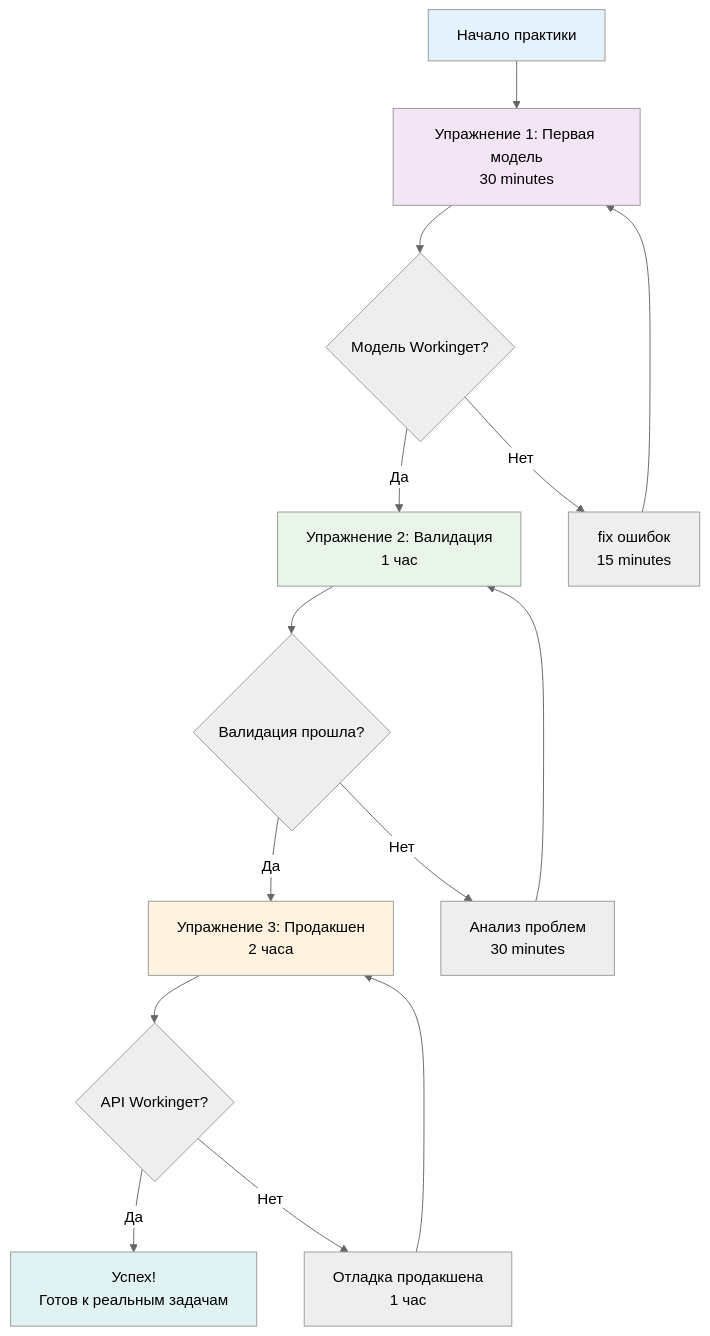
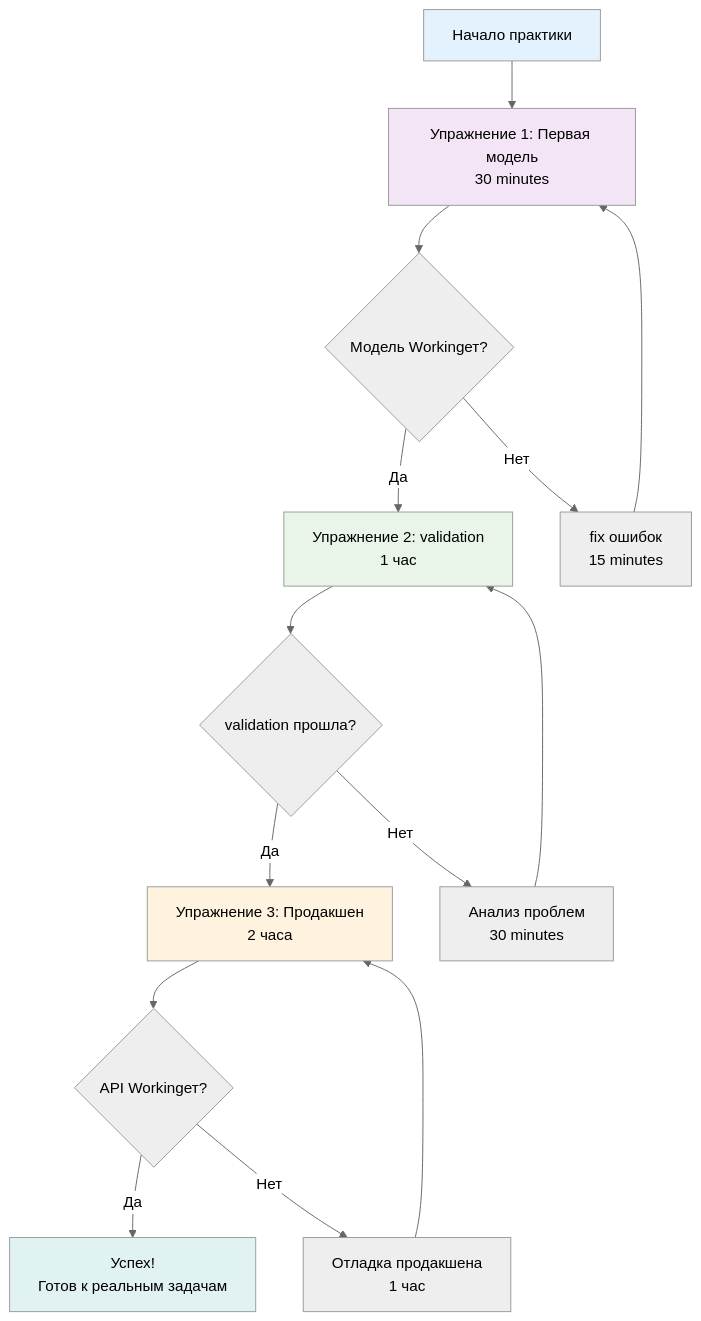
One commit to NeoZorK/neozork-hld-prediction changed the fifth of 8 diagrams in docs/automl/gluon/25_reading_guide.md. Above: the diagram before and after it, drawn with Mermaid (neutral theme). The commit also changed other lines of this file and 88 other files, not shown here.

````diff
--- a/docs/automl/gluon/25_reading_guide.md
+++ b/docs/automl/gluon/25_reading_guide.md
@@ -914,24 +914,24 @@
 ```mermaid
 graph TD
 A[Начало практики] --> B[Упражнение 1: Первая модель<br/>30 minutes]
 B --> C{Модель Workingет?}
-C -->|Да| D[Упражнение 2: Валидация<br/>1 час]
+C -->|Да| D[Упражнение 2: validation<br/>1 час]
 C -->|Нет| E[fix ошибок<br/>15 minutes]
  E --> B
 
-D --> F{Валидация прошла?}
+D --> F{validation прошла?}
 F -->|Да| G[Упражнение 3: Продакшен<br/>2 часа]
 F -->|Нет| H[Анализ проблем<br/>30 minutes]
  H --> D
 
 G --> I{API Workingет?}
 I -->|Да| J[Успех!<br/>Готов к реальным задачам]
 I -->|Нет| K[Отладка продакшена<br/>1 час]
  K --> G
 
  style A fill:#e3f2fd
  style B fill:#f3e5f5
  style D fill:#e8f5e8
  style G fill:#fff3e0
  style J fill:#e0f2f1
 ```
````
